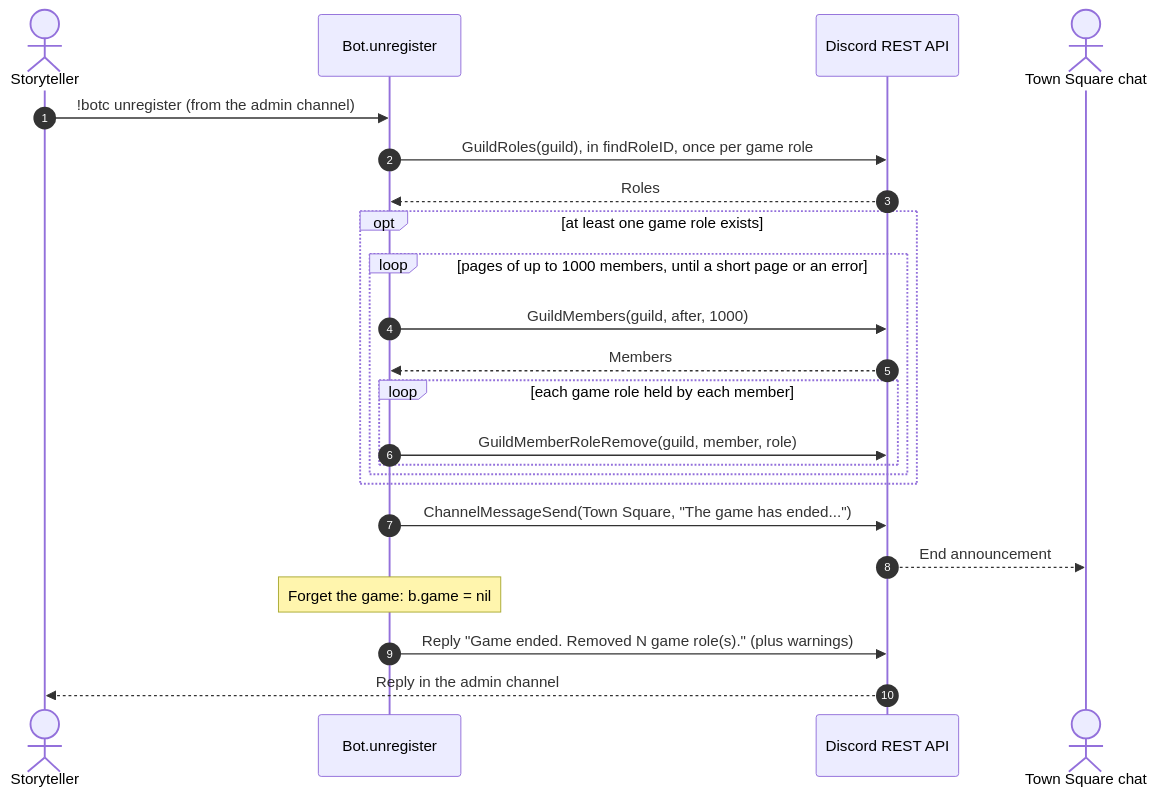
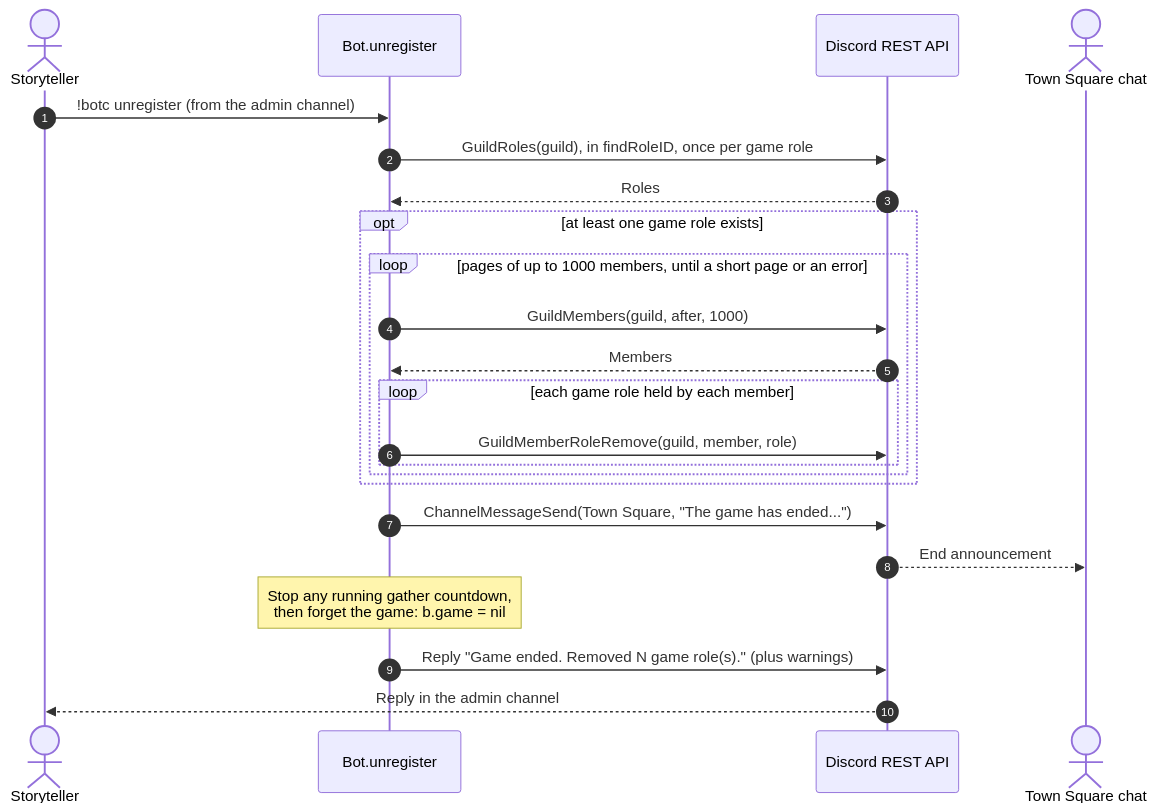
Before and after one commit to RAGNOARAKNOS/BotOnTheClocktower: the fourth of 6 diagrams in docs/uml/game-lifecycle.md, drawn with Mermaid. The commit also changed other lines of this file and 14 other files, not shown here.

````diff
--- a/docs/uml/game-lifecycle.md
+++ b/docs/uml/game-lifecycle.md
@@ -103,26 +104,26 @@
 ```mermaid
 sequenceDiagram
     autonumber
     actor ST as Storyteller
     participant Bot as Bot.unregister
     participant REST as Discord REST API
     actor Town as Town Square chat
 
     ST->>Bot: !botc unregister (from the admin channel)
     Bot->>REST: GuildRoles(guild), in findRoleID, once per game role
     REST-->>Bot: Roles
     opt at least one game role exists
         loop pages of up to 1000 members, until a short page or an error
             Bot->>REST: GuildMembers(guild, after, 1000)
             REST-->>Bot: Members
             loop each game role held by each member
                 Bot->>REST: GuildMemberRoleRemove(guild, member, role)
             end
         end
     end
     Bot->>REST: ChannelMessageSend(Town Square, "The game has ended...")
     REST-->>Town: End announcement
-    Note over Bot: Forget the game: b.game = nil
+    Note over Bot: Stop any running gather countdown,<br/>then forget the game: b.game = nil
     Bot->>REST: Reply "Game ended. Removed N game role(s)." (plus warnings)
     REST-->>ST: Reply in the admin channel
 ```
````
